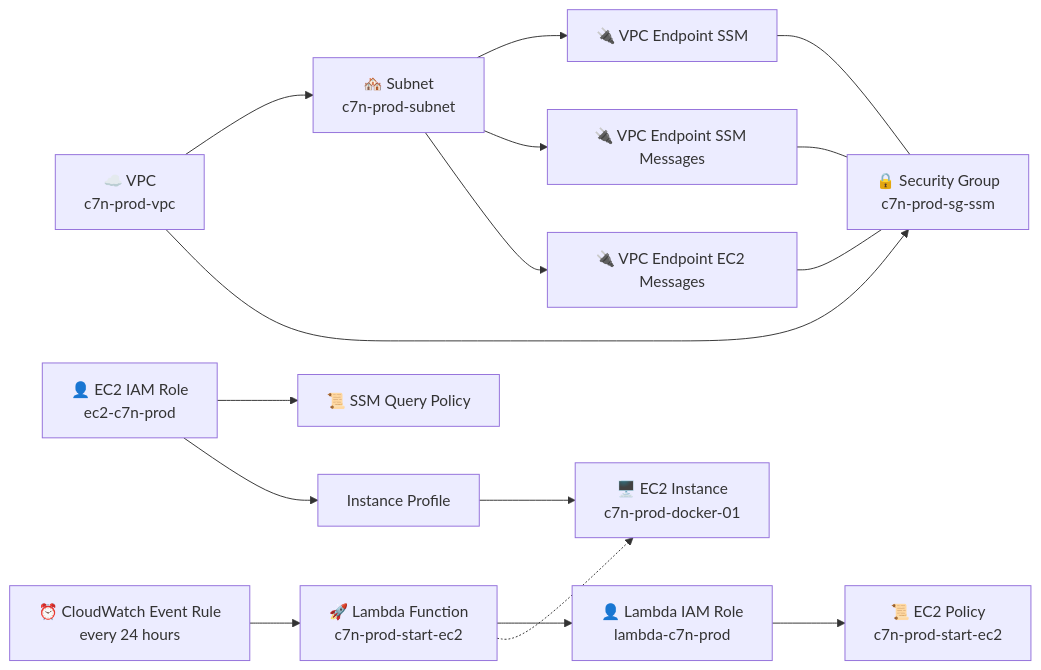
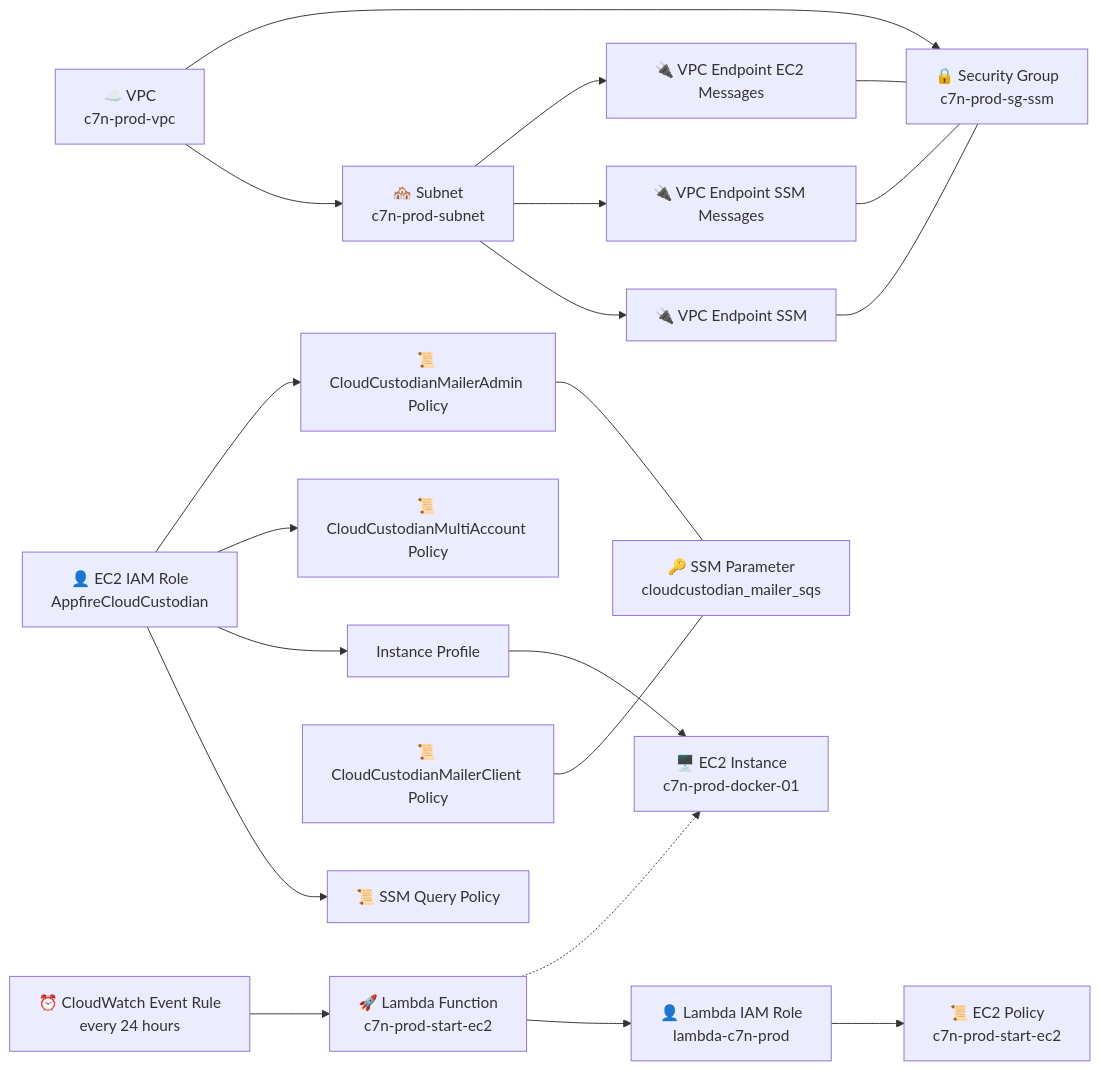
One commit to AppfireBigPicture/cloud-custodian changed the diagram in terraform/README.md. Above: the diagram before and after it, drawn with Mermaid. The commit also changed 1 other file, not shown here.

Commit message:
feat: attach policies to c7n rol and update docs

````diff
--- a/terraform/README.md
+++ b/terraform/README.md
@@ -5,46 +5,60 @@
 ```mermaid
 flowchart LR
   vpc["☁️ VPC <br> c7n-prod-vpc"]
   subnet["🏘️ Subnet <br> c7n-prod-subnet"]
   sg["🔒 Security Group <br> c7n-prod-sg-ssm"]
 
   vpc_ssm["🔌 VPC Endpoint SSM"]
   vpc_ssm_messages["🔌 VPC Endpoint SSM Messages"]
   vpc_ec2messages["🔌 VPC Endpoint EC2 Messages"]
 
-  iam_role_ssm["👤 EC2 IAM Role <br> ec2-c7n-prod"]
+  iam_role_ssm["👤 EC2 IAM Role <br> AppfireCloudCustodian"]
   iam_policy_ssm["📜 SSM Query Policy"]
   instance_profile["Instance Profile"]
 
+  iam_policy_appfire["📜 CloudCustodianMultiAccount Policy"]
+  iam_policy_mailer_admin["📜 CloudCustodianMailerAdmin Policy"]
+  iam_policy_mailer_client["📜 CloudCustodianMailerClient Policy"]
+
   ec2_instance["🖥️ EC2 Instance <br> c7n-prod-docker-01"]
 
-  iam_role_lambda["👤 Lambda IAM Role <br>lambda-c7n-prod"]
-  iam_policy_ec2["📜 EC2 Policy <br>c7n-prod-start-ec2"]
-  lambda_function["🚀 Lambda Function <br>c7n-prod-start-ec2"]
+  iam_role_lambda["👤 Lambda IAM Role <br> lambda-c7n-prod"]
+  iam_policy_ec2["📜 EC2 Policy <br> c7n-prod-start-ec2"]
+  lambda_function["🚀 Lambda Function <br> c7n-prod-start-ec2"]
 
   cw_event_rule["⏰ CloudWatch Event Rule <br> every 24 hours"]
+
+  ssm_param_mailer["🔑 SSM Parameter <br> cloudcustodian_mailer_sqs"]
 
   %% Connections
   vpc --> subnet
   vpc --> sg
 
   subnet --> vpc_ssm
   subnet --> vpc_ssm_messages
   subnet --> vpc_ec2messages
 
   vpc_ssm --- sg
   vpc_ssm_messages --- sg
   vpc_ec2messages --- sg
 
   iam_role_ssm --> iam_policy_ssm
   iam_role_ssm --> instance_profile
   instance_profile --> ec2_instance
 
+  iam_role_ssm --> iam_policy_appfire
+  iam_role_ssm --> iam_policy_mailer_admin
+
+  %% SSM parameter used in mailer policies
+  iam_policy_mailer_admin --- ssm_param_mailer
+  iam_policy_mailer_client --- ssm_param_mailer
+
   iam_role_lambda --> iam_policy_ec2
   lambda_function --> iam_role_lambda
 
   cw_event_rule --> lambda_function
 
   %% Lambda uses EC2 instance id in its environment
   lambda_function -.-> ec2_instance
+
 ```
````
